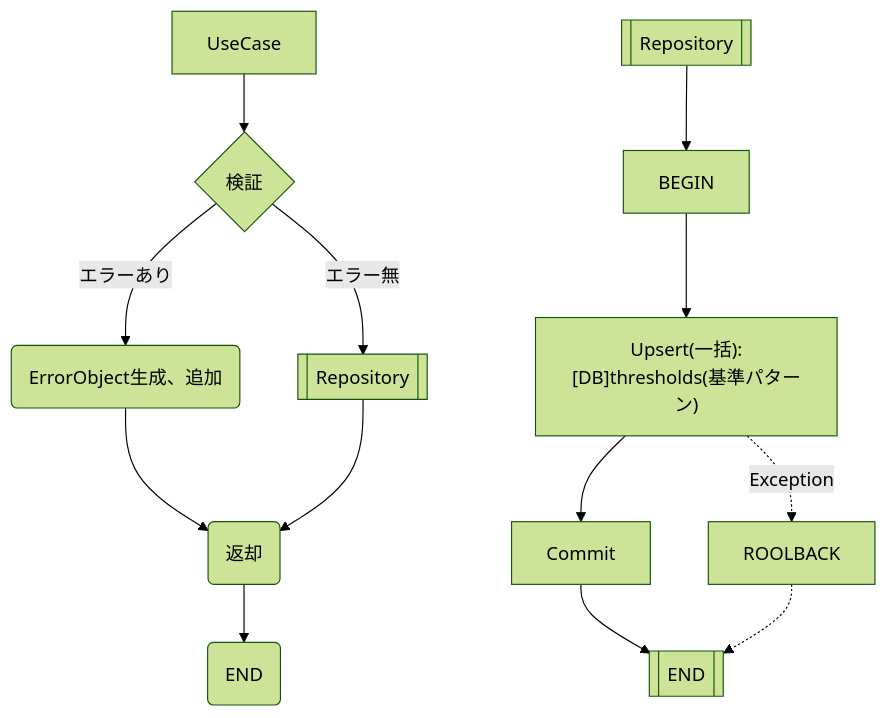
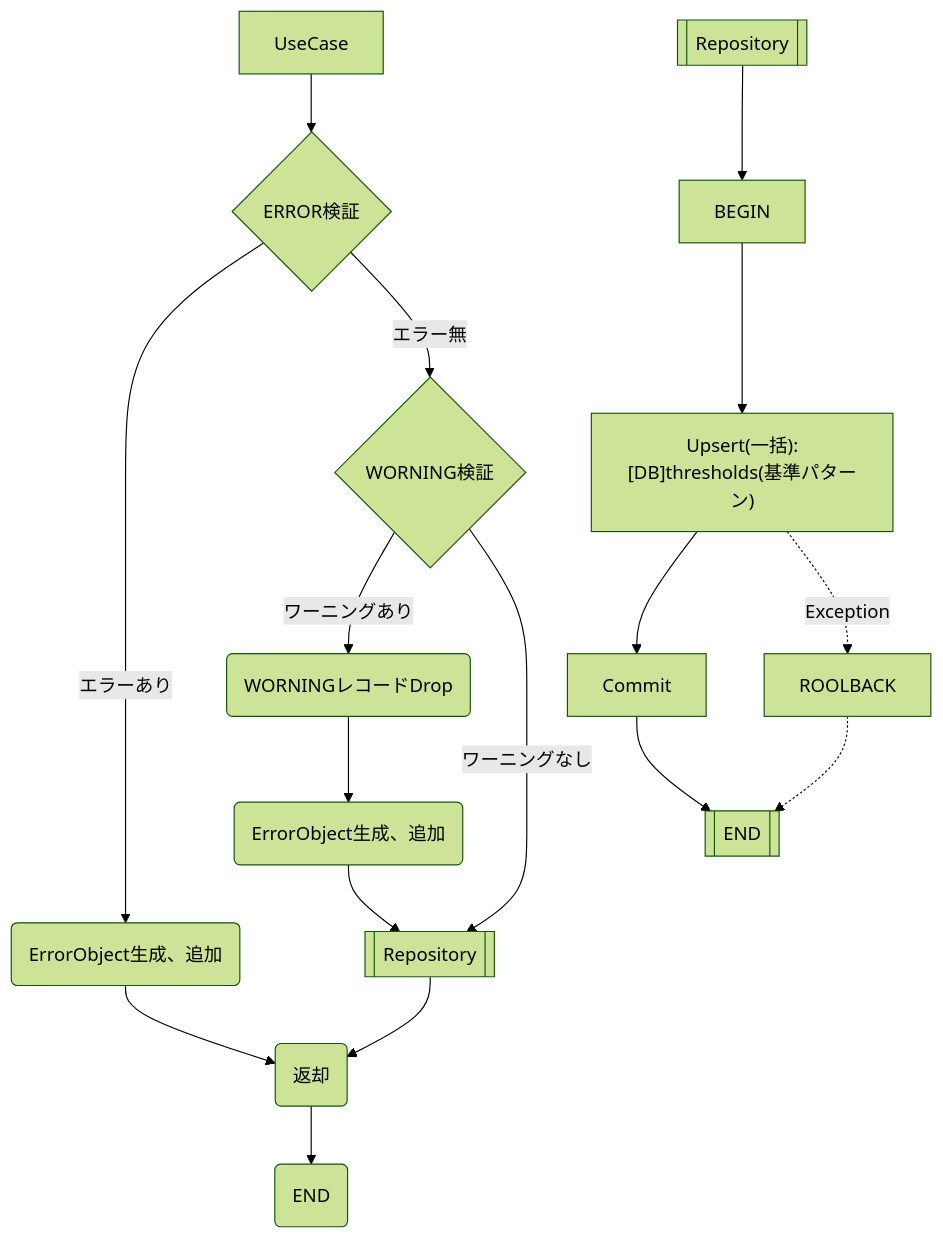
One commit to MrWangpeilin945/FlutterIOS changed the diagram in Documents/外部IF設計書/src/docs/インターフェース/EC2013_基準パターンを登録する.adoc. Above: the diagram before and after it, drawn with Mermaid (forest theme). The commit also changed other lines of this file and 3 other files, not shown here.

```diff
--- a/Documents/外部IF設計書/src/docs/インターフェース/EC2013_基準パターンを登録する.adoc
+++ b/Documents/外部IF設計書/src/docs/インターフェース/EC2013_基準パターンを登録する.adoc
@@ -10,17 +10,21 @@
 [mermaid]
 ----
 flowchart TD
-    A[UseCase] --> B{検証}
-    B -- エラーあり --> C(ErrorObject生成、追加)
-    B -- エラー無 --> D[[Repository]]
+    A[UseCase] --> ERROR{ERROR検証}
+    ERROR -- エラーあり --> C(ErrorObject生成、追加)
+    ERROR -- エラー無 --> WORNING{WORNING検証}    
+    WORNING -- ワーニングあり --> DROP(WORNINGレコードDrop)
+    DROP(WORNINGレコードDrop) --> DROP_REC(ErrorObject生成、追加)
+    DROP_REC --> D[[Repository]]
+    WORNING -- ワーニングなし --> D
     C --> E(返却)
     D --> E
     E --> UseCaseEND(END)
 
     F[[Repository]] --> G[BEGIN]
     G --> H["Upsert(一括):[DB]thresholds(基準パターン)"]
     H --> K[Commit]
     H -.Exception.-> ROOLBACK[ROOLBACK]
     K --> RepositoryEND[[END]]
     ROOLBACK .-> RepositoryEND
 ----
```
